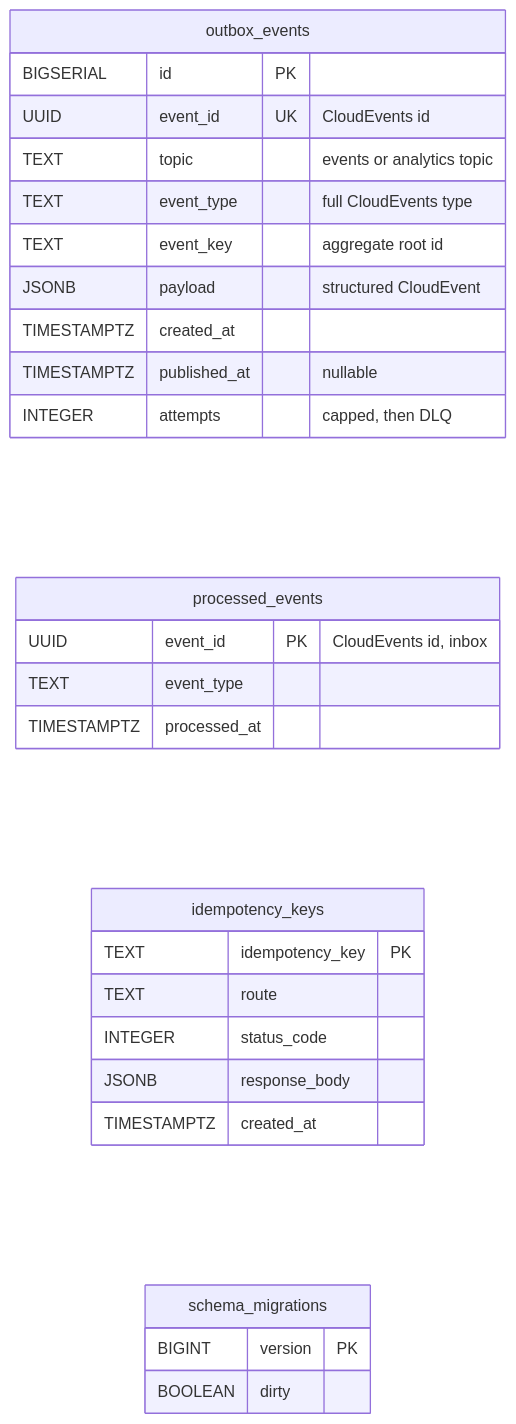
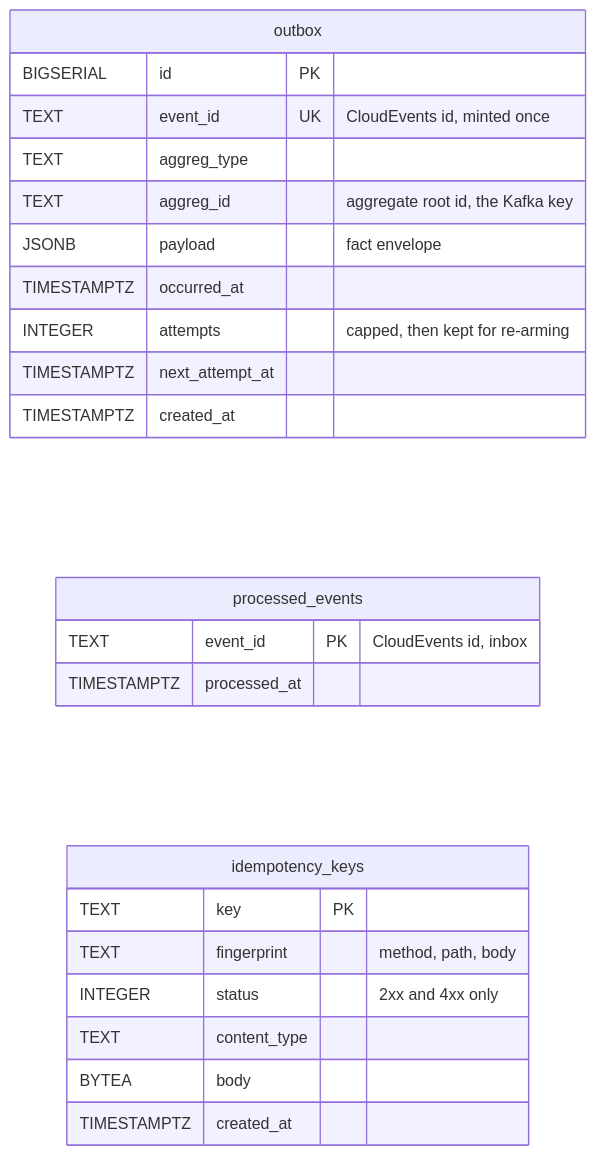
Before and after one commit to IQVO/warehouse-docs: the fifth of 5 diagrams in yard/docs/contexts/dock-scheduling/entity-relationship.md, drawn with Mermaid. The commit also changed other lines of this file and 51 other files, not shown here.

````diff
--- a/yard/docs/contexts/dock-scheduling/entity-relationship.md
+++ b/yard/docs/contexts/dock-scheduling/entity-relationship.md
@@ -177,31 +203,27 @@
 ```mermaid
 erDiagram
     direction LR
-    outbox_events {
+    outbox {
         BIGSERIAL id PK
-        UUID event_id UK "CloudEvents id"
-        TEXT topic "events or analytics topic"
-        TEXT event_type "full CloudEvents type"
-        TEXT event_key "aggregate root id"
-        JSONB payload "structured CloudEvent"
+        TEXT event_id UK "CloudEvents id, minted once"
+        TEXT aggreg_type
+        TEXT aggreg_id "aggregate root id, the Kafka key"
+        JSONB payload "fact envelope"
+        TIMESTAMPTZ occurred_at
+        INTEGER attempts "capped, then kept for re-arming"
+        TIMESTAMPTZ next_attempt_at
         TIMESTAMPTZ created_at
-        TIMESTAMPTZ published_at "nullable"
-        INTEGER attempts "capped, then DLQ"
     }
     processed_events {
-        UUID event_id PK "CloudEvents id, inbox"
-        TEXT event_type
+        TEXT event_id PK "CloudEvents id, inbox"
         TIMESTAMPTZ processed_at
     }
     idempotency_keys {
-        TEXT idempotency_key PK
-        TEXT route
-        INTEGER status_code
-        JSONB response_body
+        TEXT key PK
+        TEXT fingerprint "method, path, body"
+        INTEGER status "2xx and 4xx only"
+        TEXT content_type
+        BYTEA body
         TIMESTAMPTZ created_at
     }
-    schema_migrations {
-        BIGINT version PK
-        BOOLEAN dirty
-    }
 ```
````
